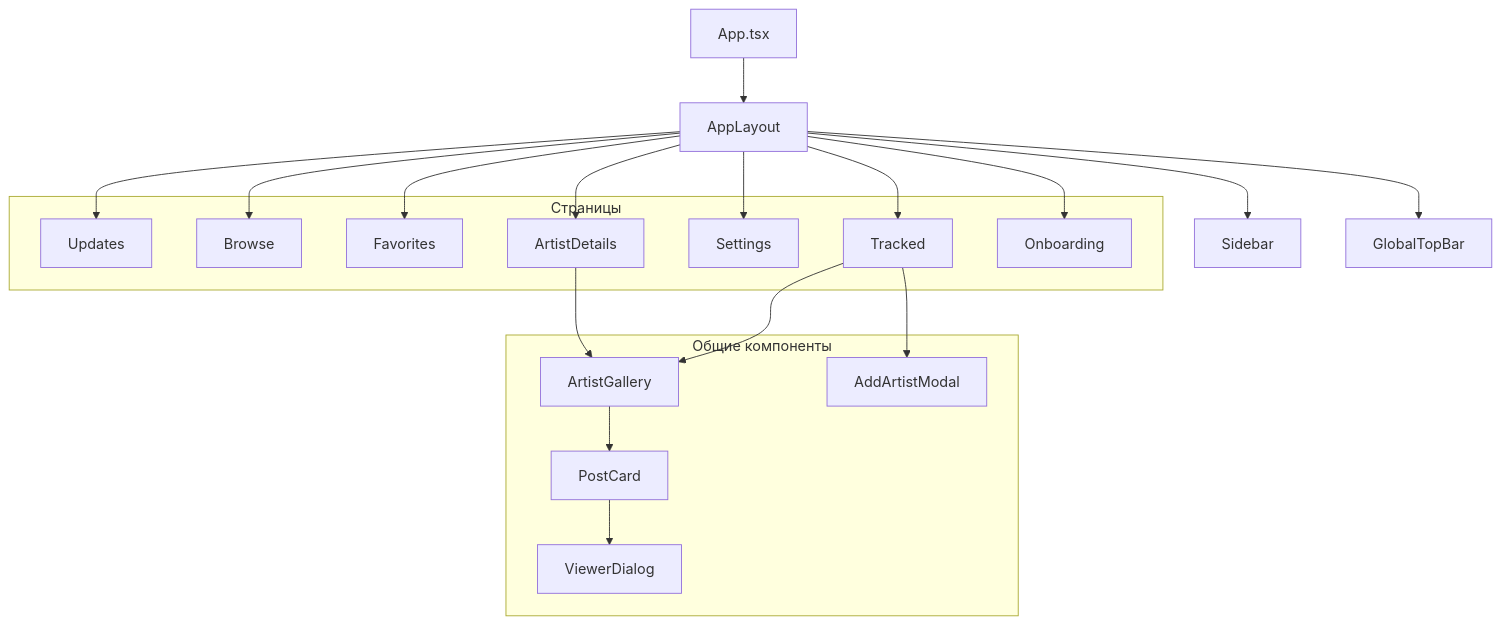
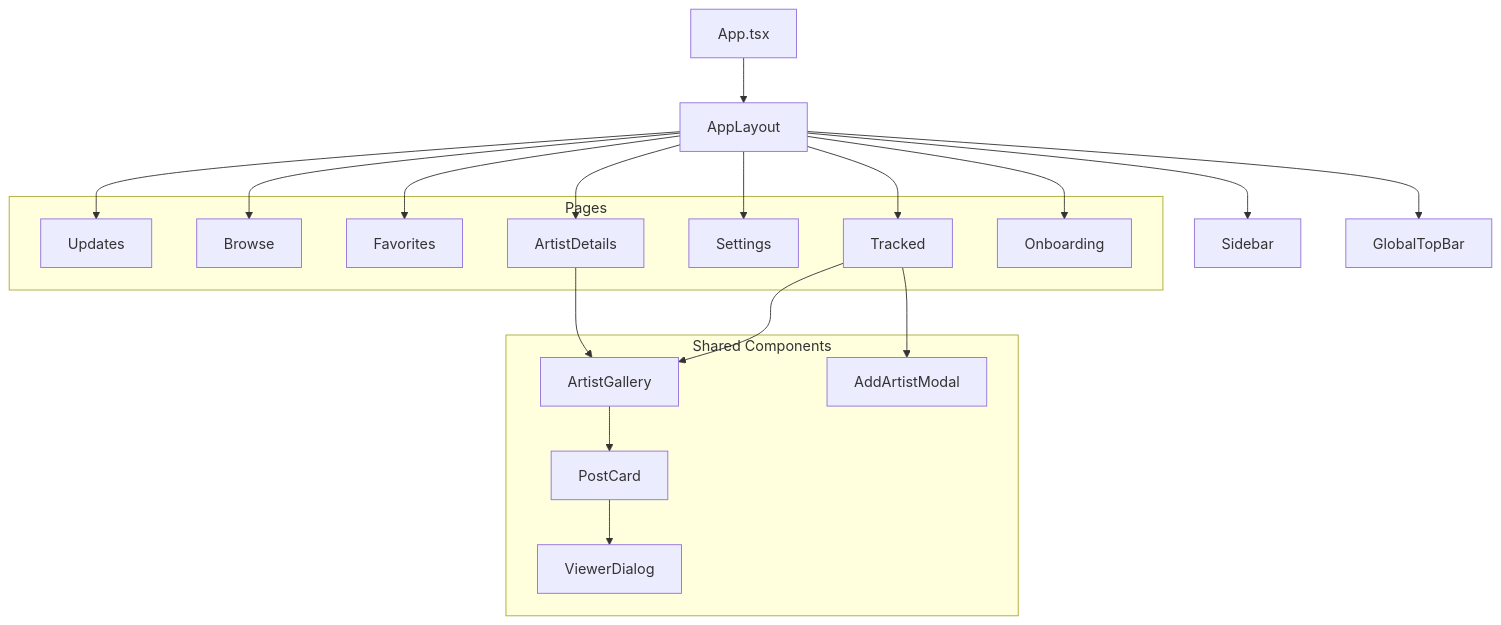
The tenth of 11 diagrams in .docs-i18n/ru/docs/architecture.md (KazeKaze93/RuleDesk), drawn with Mermaid before and after one commit. The commit also changed other lines of this file and 8 other files, not shown here.

````diff
--- a/.docs-i18n/ru/docs/architecture.md
+++ b/.docs-i18n/ru/docs/architecture.md
@@ -1218,42 +1227,42 @@
 ```mermaid
 graph TD
     App[App.tsx]
     AppLayout[AppLayout]
     Sidebar[Sidebar]
     GlobalTopBar[GlobalTopBar]
 
     App --> AppLayout
     AppLayout --> Sidebar
     AppLayout --> GlobalTopBar
 
-    subgraph "Страницы"
+    subgraph "Pages"
         Updates[Updates]
         Browse[Browse]
         Favorites[Favorites]
         Tracked[Tracked]
         Settings[Settings]
         ArtistDetails[ArtistDetails]
         Onboarding[Onboarding]
     end
 
     AppLayout --> Updates
     AppLayout --> Browse
     AppLayout --> Favorites
     AppLayout --> Tracked
     AppLayout --> Settings
     AppLayout --> ArtistDetails
     AppLayout --> Onboarding
 
-    subgraph "Общие компоненты"
+    subgraph "Shared Components"
         ArtistGallery[ArtistGallery]
         PostCard[PostCard]
         ViewerDialog[ViewerDialog]
         AddArtistModal[AddArtistModal]
     end
 
     Tracked --> ArtistGallery
     ArtistDetails --> ArtistGallery
     ArtistGallery --> PostCard
     PostCard --> ViewerDialog
     Tracked --> AddArtistModal
 ```
````
